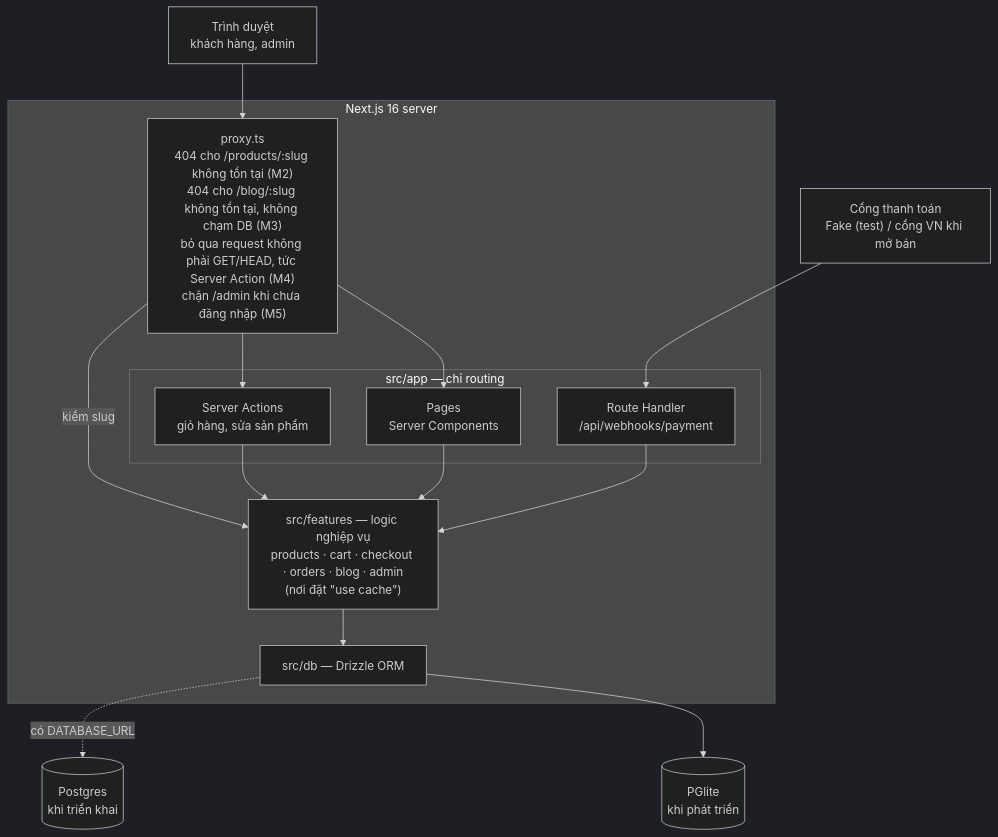
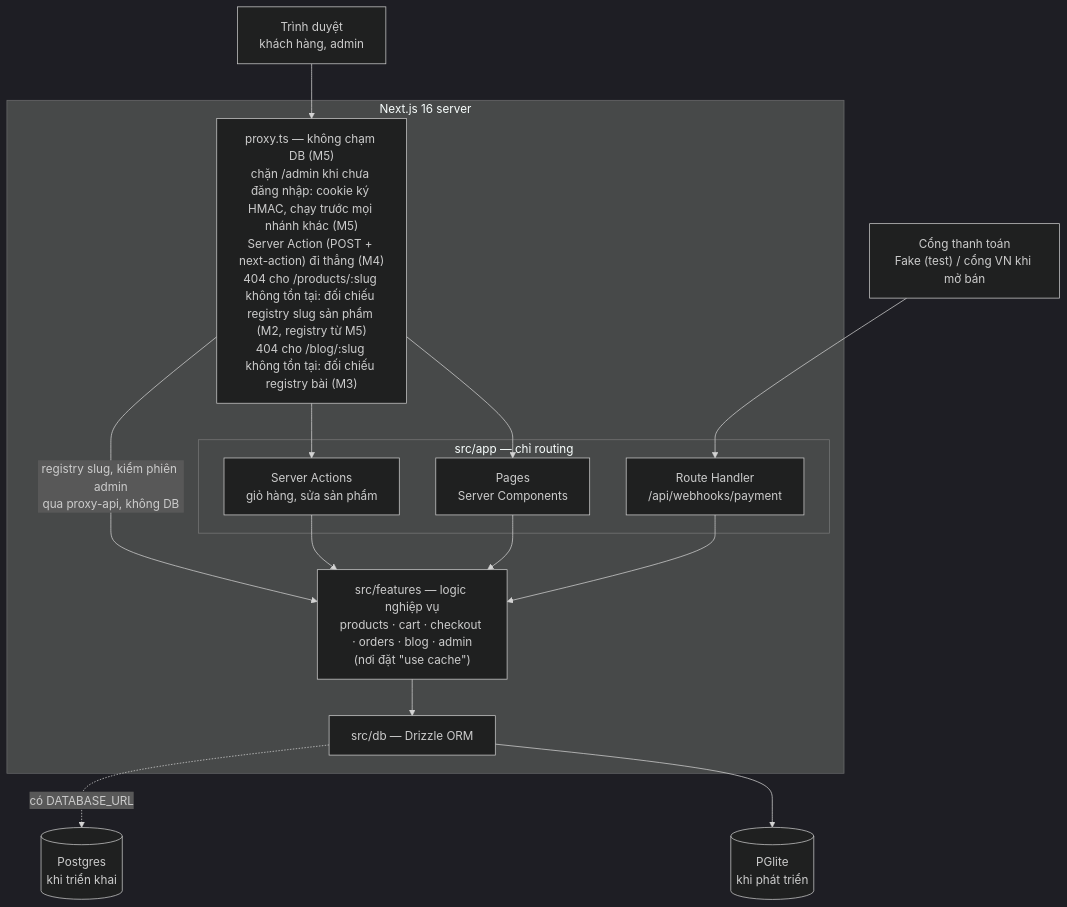
One commit to chinhpham208/next-store changed the first of 6 diagrams in docs/architecture.md. Above: the diagram before and after it, drawn with Mermaid (dark theme). The commit also changed other lines of this file and 13 other files, not shown here.

````diff
--- a/docs/architecture.md
+++ b/docs/architecture.md
@@ -9,26 +9,26 @@
 ```mermaid
 flowchart TB
   browser["Trình duyệt<br/>khách hàng, admin"]
   payment["Cổng thanh toán<br/>Fake (test) / cổng VN khi mở bán"]
 
   subgraph next["Next.js 16 server"]
-    proxy["proxy.ts<br/>404 cho /products/:slug không tồn tại (M2)<br/>404 cho /blog/:slug không tồn tại, không chạm DB (M3)<br/>bỏ qua request không phải GET/HEAD, tức Server Action (M4)<br/>chặn /admin khi chưa đăng nhập (M5)"]
+    proxy["proxy.ts — không chạm DB (M5)<br/>chặn /admin khi chưa đăng nhập: cookie ký HMAC, chạy trước mọi nhánh khác (M5)<br/>Server Action (POST + next-action) đi thẳng (M4)<br/>404 cho /products/:slug không tồn tại: đối chiếu registry slug sản phẩm (M2, registry từ M5)<br/>404 cho /blog/:slug không tồn tại: đối chiếu registry bài (M3)"]
     subgraph app["src/app — chỉ routing"]
       pages["Pages<br/>Server Components"]
       actions["Server Actions<br/>giỏ hàng, sửa sản phẩm"]
       route["Route Handler<br/>/api/webhooks/payment"]
     end
     features["src/features — logic nghiệp vụ<br/>products · cart · checkout · orders · blog · admin<br/>(nơi đặt &quot;use cache&quot;)"]
     db["src/db — Drizzle ORM"]
   end
 
   pglite[("PGlite<br/>khi phát triển")]
   postgres[("Postgres<br/>khi triển khai")]
 
   browser --> proxy --> pages & actions
   payment --> route
   pages & actions & route --> features --> db
-  proxy -->|kiểm slug| features
+  proxy -->|registry slug, kiểm phiên admin<br/>qua proxy-api, không DB| features
   db --> pglite
   db -.->|có DATABASE_URL| postgres
 ```
````
